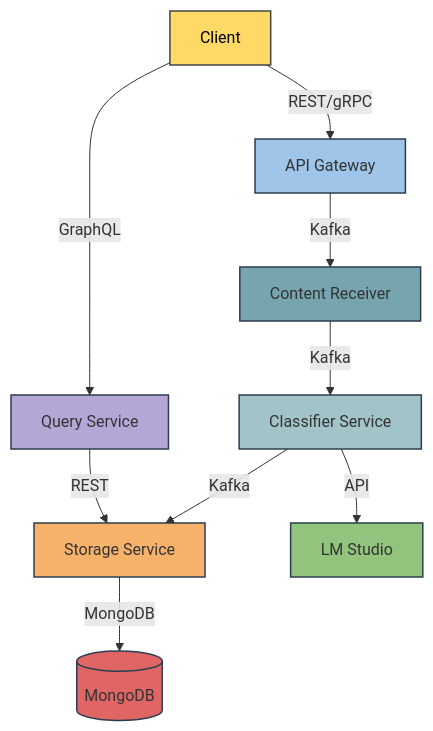
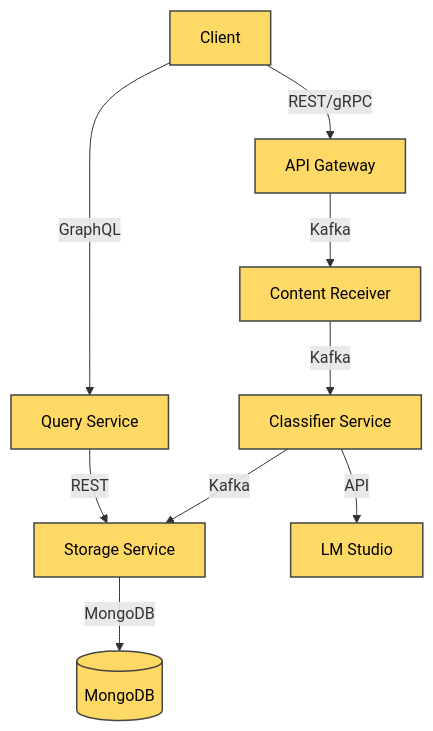
One commit to aminecharrada/Real_Time_Medical_Content_Pipeline changed the diagram in README.md. Above: the diagram before and after it, drawn with Mermaid.

````diff
--- a/README.md
+++ b/README.md
@@ -6,21 +6,21 @@
 ```mermaid
 graph TD
     A[Client] -->|REST/gRPC| B[API Gateway]
     A -->|GraphQL| E[Query Service]
     B -->|Kafka| C[Content Receiver]
     C -->|Kafka| D[Classifier Service]
     D -->|Kafka| F[Storage Service]
     F -->|MongoDB| G[(MongoDB)]
     E -->|REST| F
     D -->|API| H[LM Studio]
 
     %% Styles
     style A fill:#FFD966,stroke:#444,stroke-width:1.5px,color:#000  
-    style B fill:#9FC5E8,stroke:#2C3E50,stroke-width:1.5px          
-    style C fill:#76A5AF,stroke:#2C3E50,stroke-width:1.5px          
-    style D fill:#A2C4C9,stroke:#2C3E50,stroke-width:1.5px          
-    style E fill:#B4A7D6,stroke:#2C3E50,stroke-width:1.5px          
-    style F fill:#F6B26B,stroke:#2C3E50,stroke-width:1.5px         
-    style G fill:#E06666,stroke:#2C3E50,stroke-width:1.5px        
-    style H fill:#93C47D,stroke:#2C3E50,stroke-width:1.5px          
+    style B fill:#FFD966,stroke:#444,stroke-width:1.5px,color:#000           
+    style C fill:#FFD966,stroke:#444,stroke-width:1.5px,color:#000         
+    style D fill:#FFD966,stroke:#444,stroke-width:1.5px,color:#000         
+    style E fill:#FFD966,stroke:#444,stroke-width:1.5px,color:#000        
+    style F fill:#FFD966,stroke:#444,stroke-width:1.5px,color:#000       
+    style G fill:#FFD966,stroke:#444,stroke-width:1.5px,color:#000       
+    style H fill:#FFD966,stroke:#444,stroke-width:1.5px,color:#000          
 ```
````
